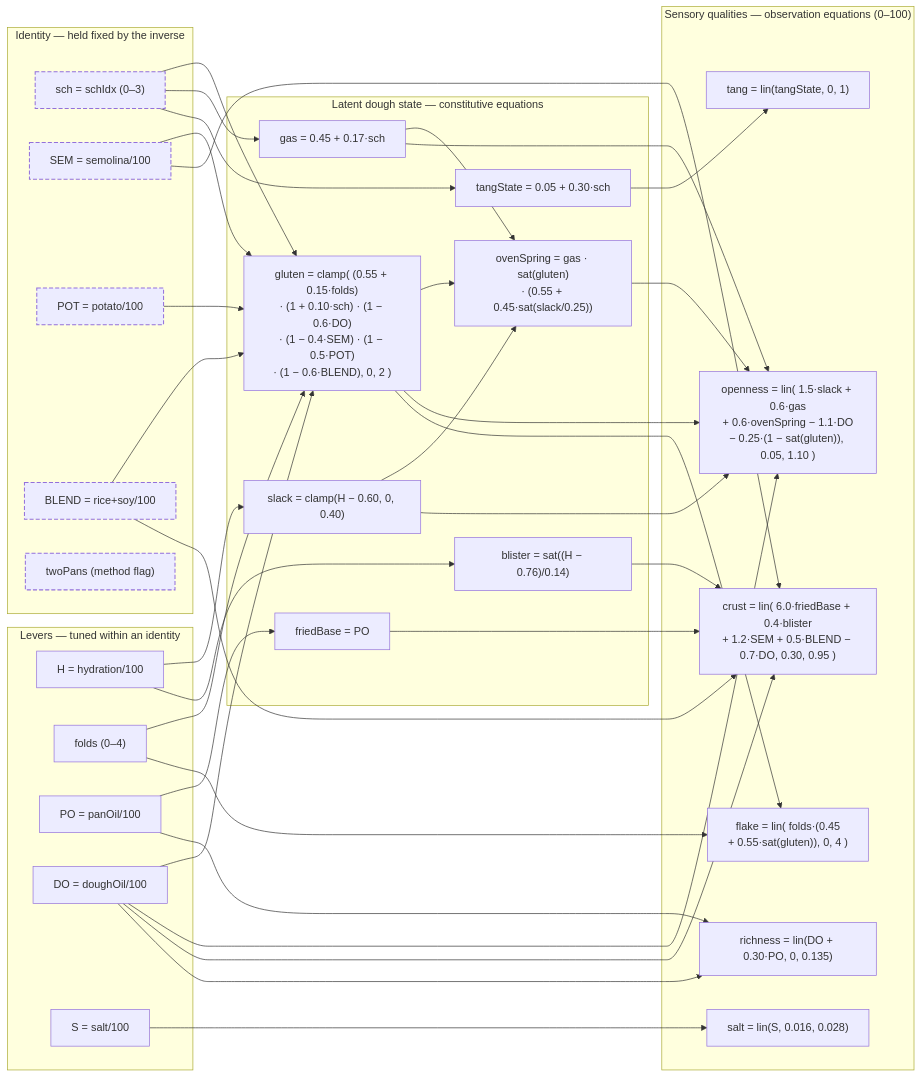
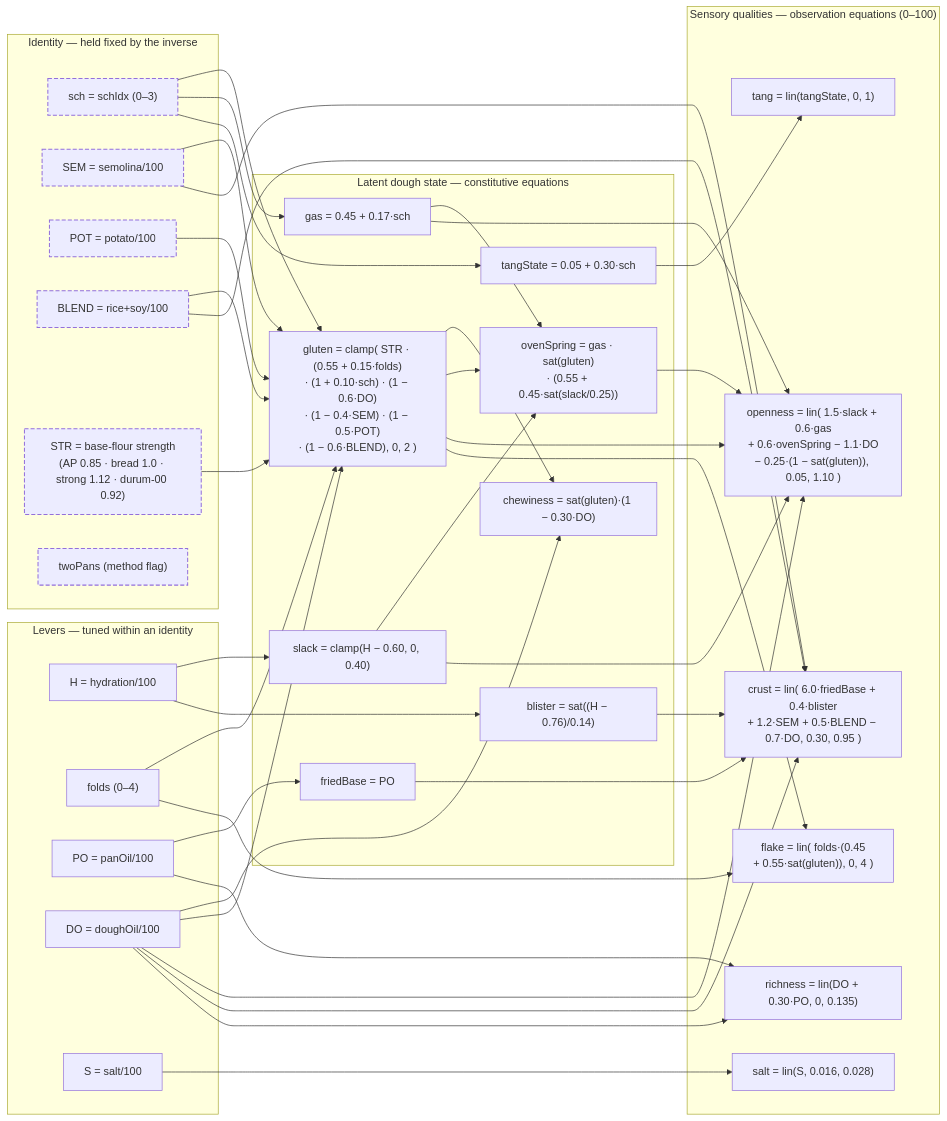
Before and after one commit to 4AM365/4AM365.github.io: the first of 2 diagrams in content/kitchen/focaccia-model.md, drawn with Mermaid. The commit also changed other lines of this file and 2 other files, not shown here.

Commit message:
widget: Add base-flour grind/strength selector (AP / bread / strong 00 / 00 grano duro)

````diff
--- a/content/kitchen/focaccia-model.md
+++ b/content/kitchen/focaccia-model.md
@@ -32,73 +35,78 @@
 ```mermaid
 graph LR
   subgraph ID["Identity — held fixed by the inverse"]
     sch["sch = schIdx  (0–3)"]
     SEM["SEM = semolina/100"]
     POT["POT = potato/100"]
     BLEND["BLEND = rice+soy/100"]
+    STR["STR = base-flour strength<br/>(AP 0.85 · bread 1.0 · strong 1.12 · durum-00 0.92)"]
     twoPans["twoPans  (method flag)"]
   end
   subgraph LV["Levers — tuned within an identity"]
     H["H = hydration/100"]
     folds["folds  (0–4)"]
     PO["PO = panOil/100"]
     DO["DO = doughOil/100"]
     S["S = salt/100"]
   end
 
   subgraph L1["Latent dough state — constitutive equations"]
     slack["slack = clamp(H − 0.60, 0, 0.40)"]
-    gluten["gluten = clamp( (0.55 + 0.15·folds)<br/>· (1 + 0.10·sch) · (1 − 0.6·DO)<br/>· (1 − 0.4·SEM) · (1 − 0.5·POT)<br/>· (1 − 0.6·BLEND), 0, 2 )"]
+    gluten["gluten = clamp( STR · (0.55 + 0.15·folds)<br/>· (1 + 0.10·sch) · (1 − 0.6·DO)<br/>· (1 − 0.4·SEM) · (1 − 0.5·POT)<br/>· (1 − 0.6·BLEND), 0, 2 )"]
+    chewiness["chewiness = sat(gluten)·(1 − 0.30·DO)"]
     gas["gas = 0.45 + 0.17·sch"]
     tangState["tangState = 0.05 + 0.30·sch"]
     ovenSpring["ovenSpring = gas · sat(gluten)<br/>· (0.55 + 0.45·sat(slack/0.25))"]
     blister["blister = sat((H − 0.76)/0.14)"]
     friedBase["friedBase = PO"]
   end
 
   subgraph L2["Sensory qualities — observation equations (0–100)"]
     openness["openness = lin( 1.5·slack + 0.6·gas<br/>+ 0.6·ovenSpring − 1.1·DO<br/>− 0.25·(1 − sat(gluten)), 0.05, 1.10 )"]
     tang["tang = lin(tangState, 0, 1)"]
     flake["flake = lin( folds·(0.45<br/>+ 0.55·sat(gluten)), 0, 4 )"]
     crust["crust = lin( 6.0·friedBase + 0.4·blister<br/>+ 1.2·SEM + 0.5·BLEND − 0.7·DO, 0.30, 0.95 )"]
     richness["richness = lin(DO + 0.30·PO, 0, 0.135)"]
     salt["salt = lin(S, 0.016, 0.028)"]
   end
 
   %% recipe → latent (constitutive)
   H --> slack
   folds --> gluten
+  STR --> gluten
+  gluten --> chewiness
+  DO --> chewiness
   sch --> gluten
   DO --> gluten
   SEM --> gluten
   POT --> gluten
   BLEND --> gluten
   sch --> gas
   sch --> tangState
   gas --> ovenSpring
   gluten --> ovenSpring
   slack --> ovenSpring
   H --> blister
   PO --> friedBase
 
   %% latent (+ direct recipe terms) → qualities (observation)
   slack --> openness
   gas --> openness
   ovenSpring --> openness
   DO --> openness
   gluten --> openness
   tangState --> tang
   folds --> flake
   gluten --> flake
   friedBase --> crust
   blister --> crust
   SEM --> crust
   BLEND --> crust
   DO --> crust
   DO --> richness
   PO --> richness
   S --> salt
 
   classDef identity stroke-dasharray:6 3,stroke-width:1.5px;
-  class sch,SEM,twoPans,POT,BLEND identity;
+  class sch,SEM,twoPans,POT,BLEND,STR identity;
 ```
````
